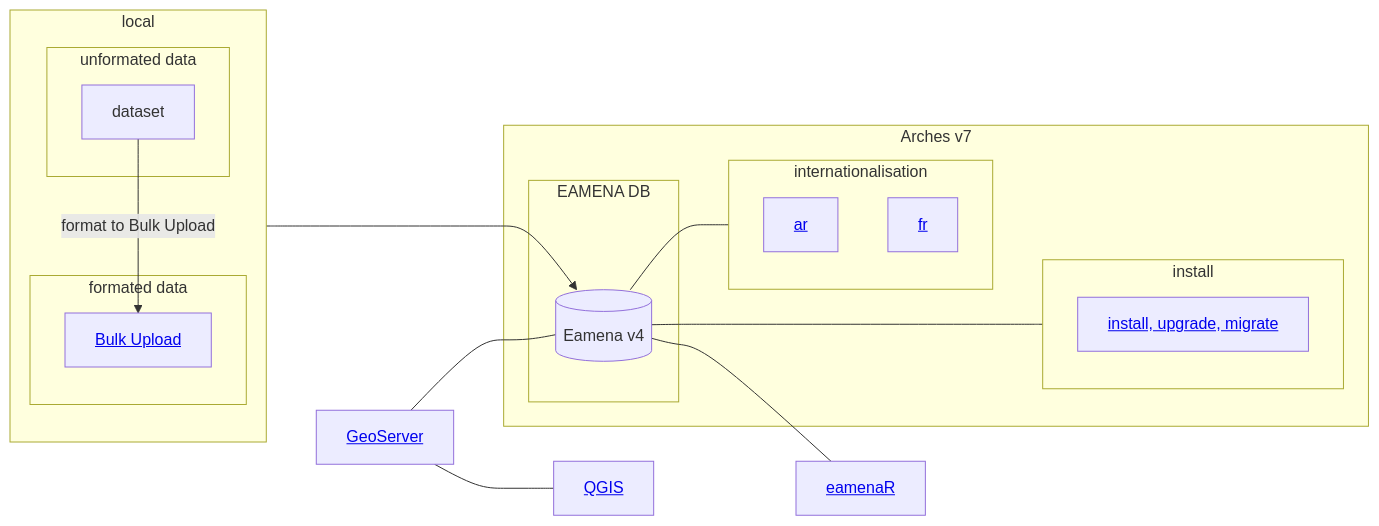
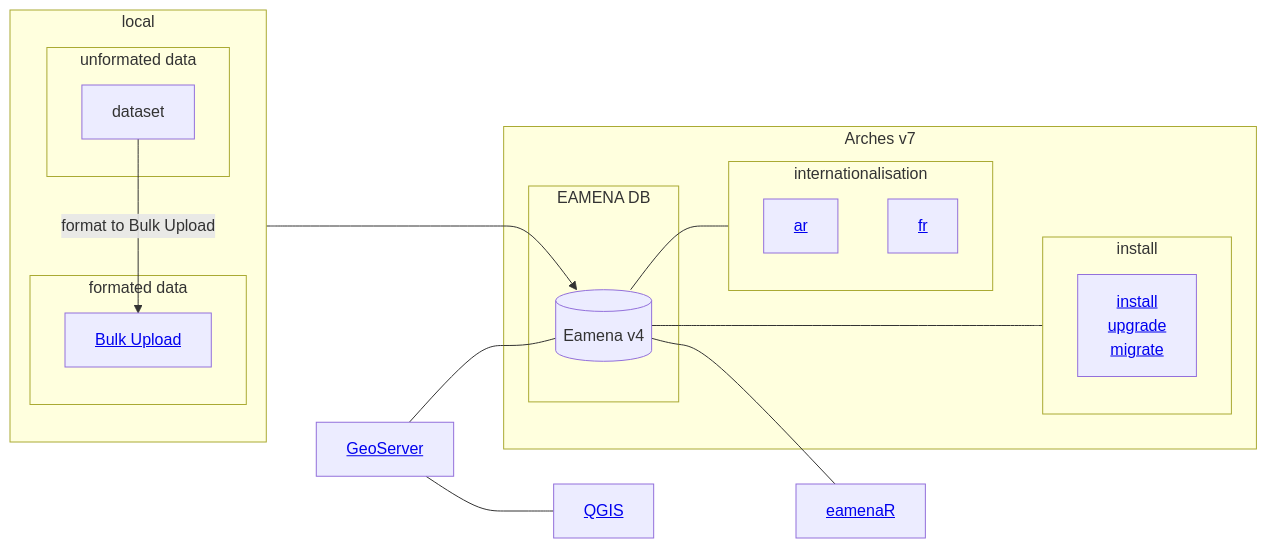
Before and after one commit to eamena-project/eamena-arches-dev: the diagram in dbs/database.eamena/README.md, drawn with Mermaid.

````diff
--- a/dbs/database.eamena/README.md
+++ b/dbs/database.eamena/README.md
@@ -5,30 +5,30 @@
 ```mermaid
 flowchart LR
   subgraph Arches v7
     subgraph EAMENA DB
     ea[(Eamena v4)]
     end
     subgraph internationalisation
       id6[<a href='https://github.com/eamena-project/eamena-arches-dev/tree/main/dbs/database.eamena/internationalisation'>ar</a>];
       id7[<a href='https://github.com/eamena-project/eamena-arches-dev/tree/main/dbs/database.eamena/internationalisation'>fr</a>];
     end 
     subgraph install
-      id8[<a href='https://github.com/eamena-project/eamena-arches-dev/tree/main/dbs/database.eamena/install'>install, upgrade, migrate</a>];
+      id8[<a href='https://github.com/eamena-project/eamena-arches-dev/tree/main/dbs/database.eamena/install'>install<br>upgrade<br>migrate</a>];
     end 
   end
   id3[<a href='https://github.com/eamena-project/eamena-arches-dev/tree/main/geoserver'>GeoServer</a>] --- ea;
   id3 --- id4[<a href='https://github.com/eamena-project/eamena-arches-dev/tree/main/gis/qgis'>QGIS</a>];
   subgraph local
     direction TB
     subgraph unformated data
       id9A[dataset]
     end
     subgraph formated data
       id9A -- format to Bulk Upload --> id9B[<a href='https://github.com/eamena-project/eamena-arches-dev/tree/main/data/bulk#readme'>Bulk Upload</a>]
       id9B ---> ea;
     end
   end
   ea --- id5[<a href='https://github.com/eamena-project/eamenaR'>eamenaR</a>];
   ea --- internationalisation
   ea <--- install
 ```
````
